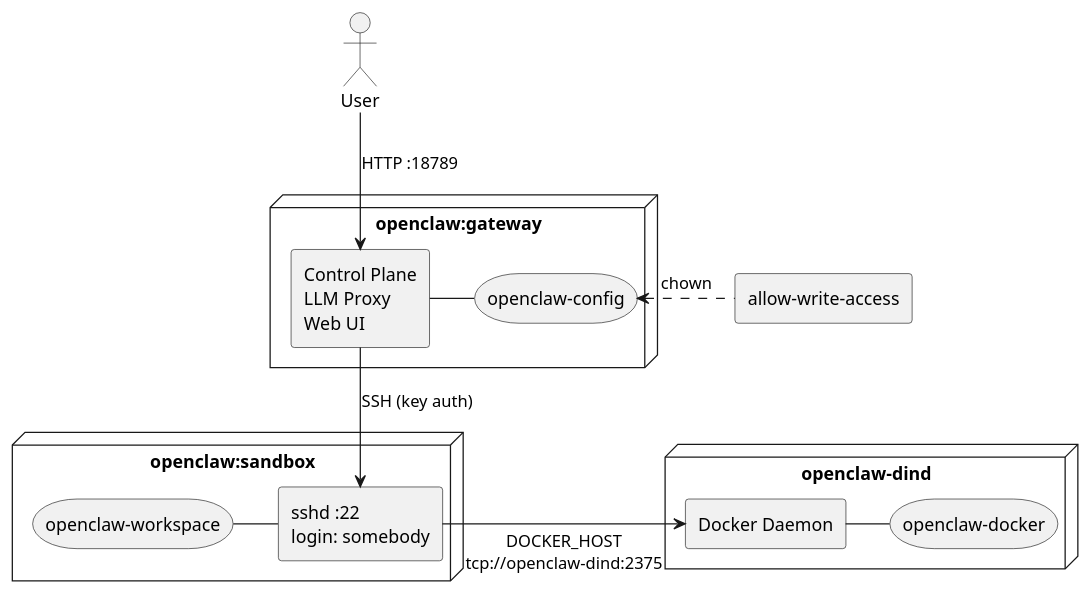
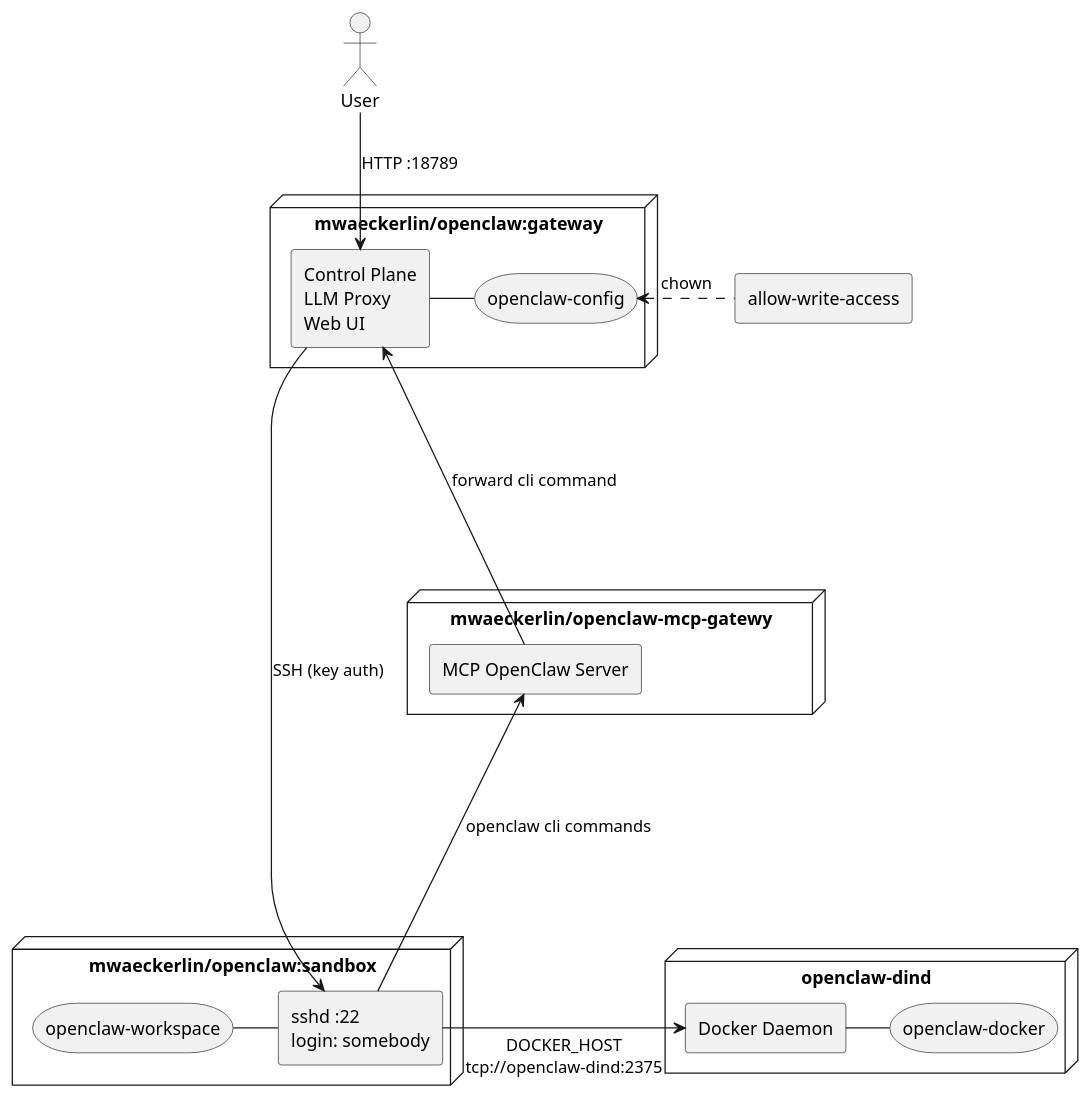
Before and after one commit to mwaeckerlin/openclaw: the diagram in README.md, drawn with PlantUML. The commit also changed other lines of this file and 6 other files, not shown here.

````diff
--- a/README.md
+++ b/README.md
@@ -170,32 +270,38 @@
 ```plantuml
 @startuml
 skinparam componentStyle rectangle
 
 actor User as user
 
-node "openclaw:gateway" as gw {
+node "mwaeckerlin/openclaw:gateway" as gw {
   [Control Plane\nLLM Proxy\nWeb UI] as ctrl
   storage "openclaw-config" as cfg
   ctrl - cfg
 }
 
-node "openclaw:sandbox" as sb {
+node "mwaeckerlin/openclaw-mcp-gatewy" {
+  [MCP OpenClaw Server] as mcp
+}
+
+node "mwaeckerlin/openclaw:sandbox" as sb {
   [sshd :22\nlogin: somebody] as sshd
   storage "openclaw-workspace" as ws
   sshd -left- ws
 }
 
 node "openclaw-dind" as dind {
   [Docker Daemon] as dd
   storage "openclaw-docker" as dv
   dd -right- dv
 }
 
 component "allow-write-access" as aw
 
 user --> ctrl : "HTTP :18789"
 ctrl --> sshd : "SSH (key auth)"
+sshd --up--> mcp : openclaw cli commands
+mcp --up--> ctrl : forward cli command
 sshd -right-> dd : "DOCKER_HOST\ntcp://openclaw-dind:2375"
 aw .left.> cfg : "chown"
 @enduml
 ```
````
